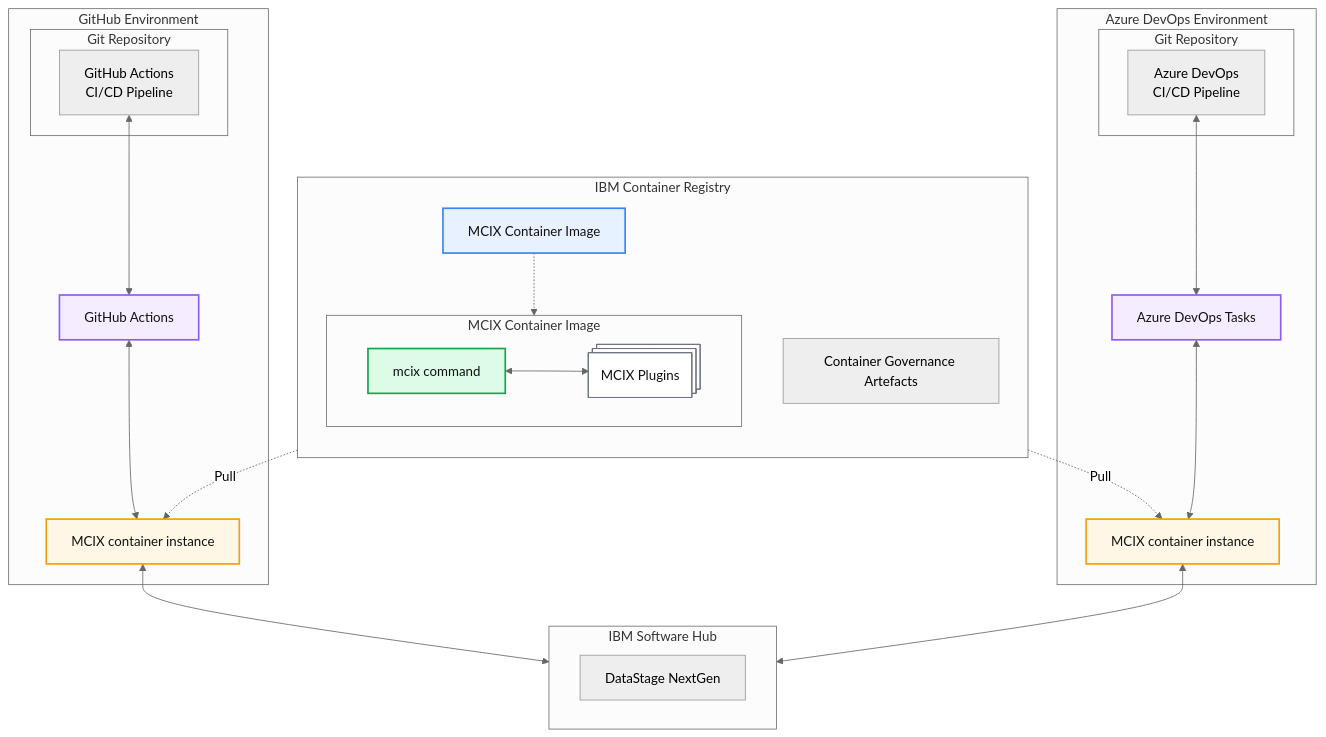
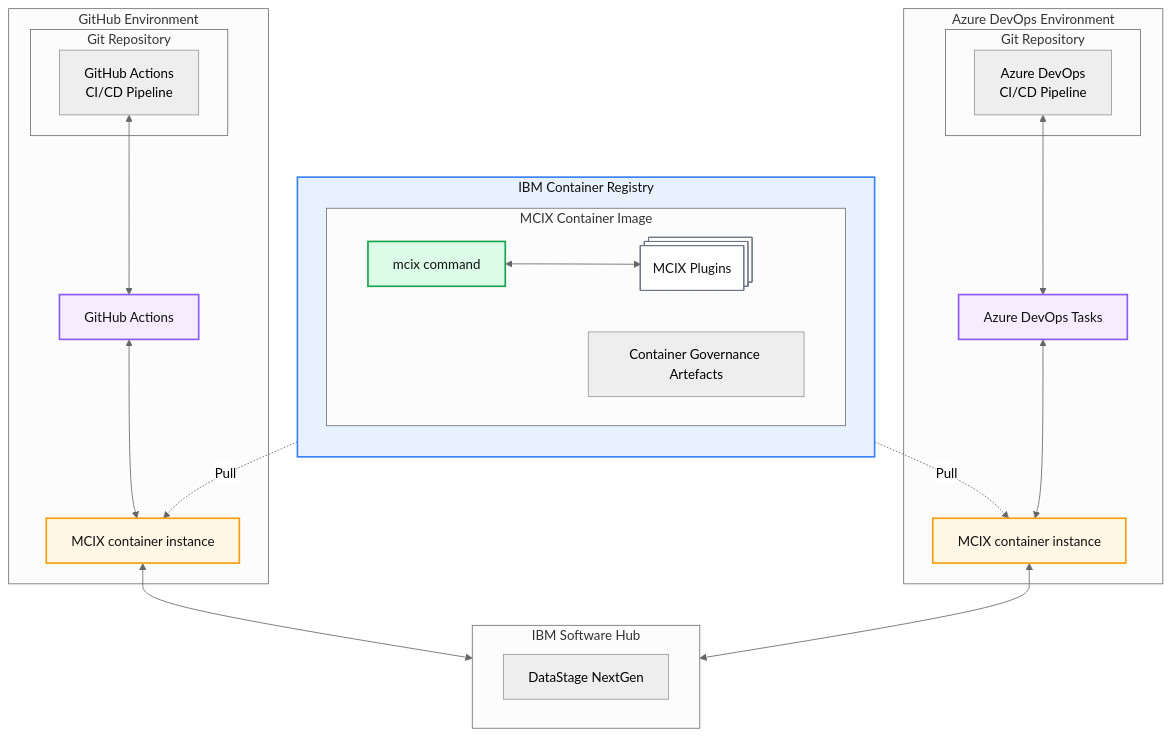
One commit to MettleCI/mcix changed the diagram in ARCHITECTURE.md. Above: the diagram before and after it, drawn with Mermaid (neutral theme).

Commit message:
Refactor architecture diagram for container registry

```diff
--- a/ARCHITECTURE.md
+++ b/ARCHITECTURE.md
@@ -33,22 +33,20 @@
   %% =========================
   subgraph REG["IBM Container Registry"]
       direction TB
-      ICR["MCIX Container Image"]
-      GOV["Container Governance Artefacts"]
 
       %% Image internals
       subgraph IMG["MCIX Container Image"]
           MCIX["mcix command"]
           PLUGINS@{ shape: procs, label: "MCIX Plugins"}
+          GOV["Container Governance Artefacts"]
       end
       class MCIX command
       class PLUGINS plugin
       class IMG image
 
   end
-  class ICR registry
+  class REG registry
 
-  ICR -.-> IMG
   MCIX <--> PLUGINS
 
   subgraph CPD["IBM Software Hub"]
@@ -71,8 +69,8 @@
   %% =========================
   %% Distribution from registry
   %% =========================
-  ICR -. Pull .-> GHCONT
-  ICR -. Pull .-> ADOCONT
+  IMG -. Pull .-> GHCONT
+  IMG -. Pull .-> ADOCONT
 
   %% ADO Tooling references 
   ADOPIPE <--> ADOT
```
